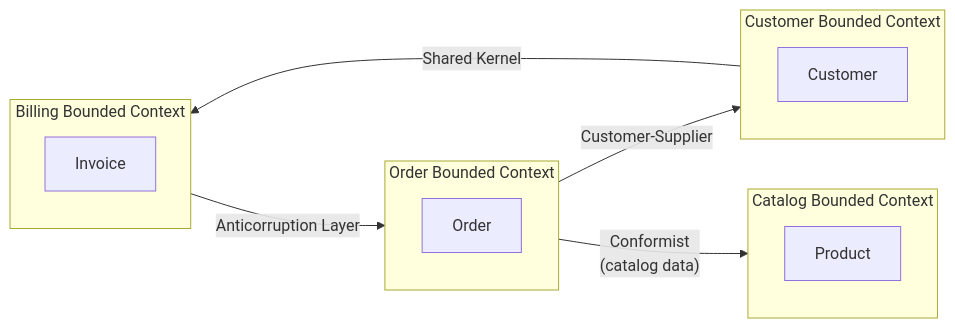
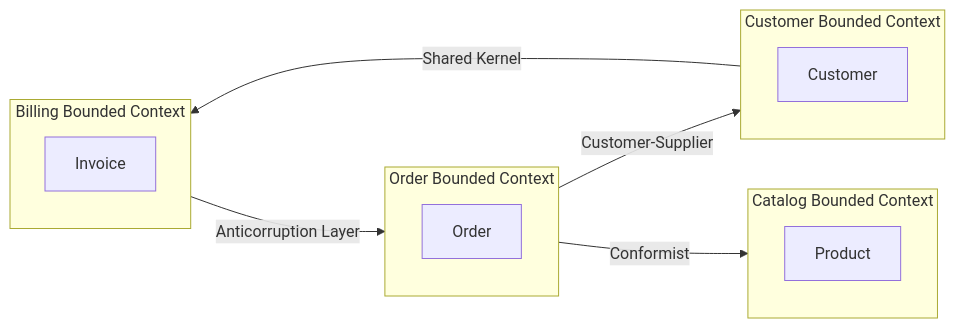
Before and after one commit to Mrnobody102/it-interview-prep: the second of 3 diagrams in src/content/en/he-thong/ddd.md, drawn with Mermaid. The commit also changed other lines of this file and 62 other files, not shown here.

````diff
--- a/src/content/en/he-thong/ddd.md
+++ b/src/content/en/he-thong/ddd.md
@@ -84,23 +84,23 @@
 ```mermaid
 flowchart LR
     subgraph CATA["Catalog Bounded Context"]
         P["Product"]
     end
 
     subgraph ORDER["Order Bounded Context"]
         O["Order"]
     end
 
     subgraph CUST["Customer Bounded Context"]
         C["Customer"]
     end
 
     subgraph BILL["Billing Bounded Context"]
         B["Invoice"]
     end
 
     ORDER -->|"Customer-Supplier"| CUST
-    ORDER -->|"Conformist<br>(catalog data)"| CATA
+    ORDER -->|"Conformist"| CATA
     BILL -->|"Anticorruption Layer"| ORDER
     CUST -->|"Shared Kernel"| BILL
 ```
````
